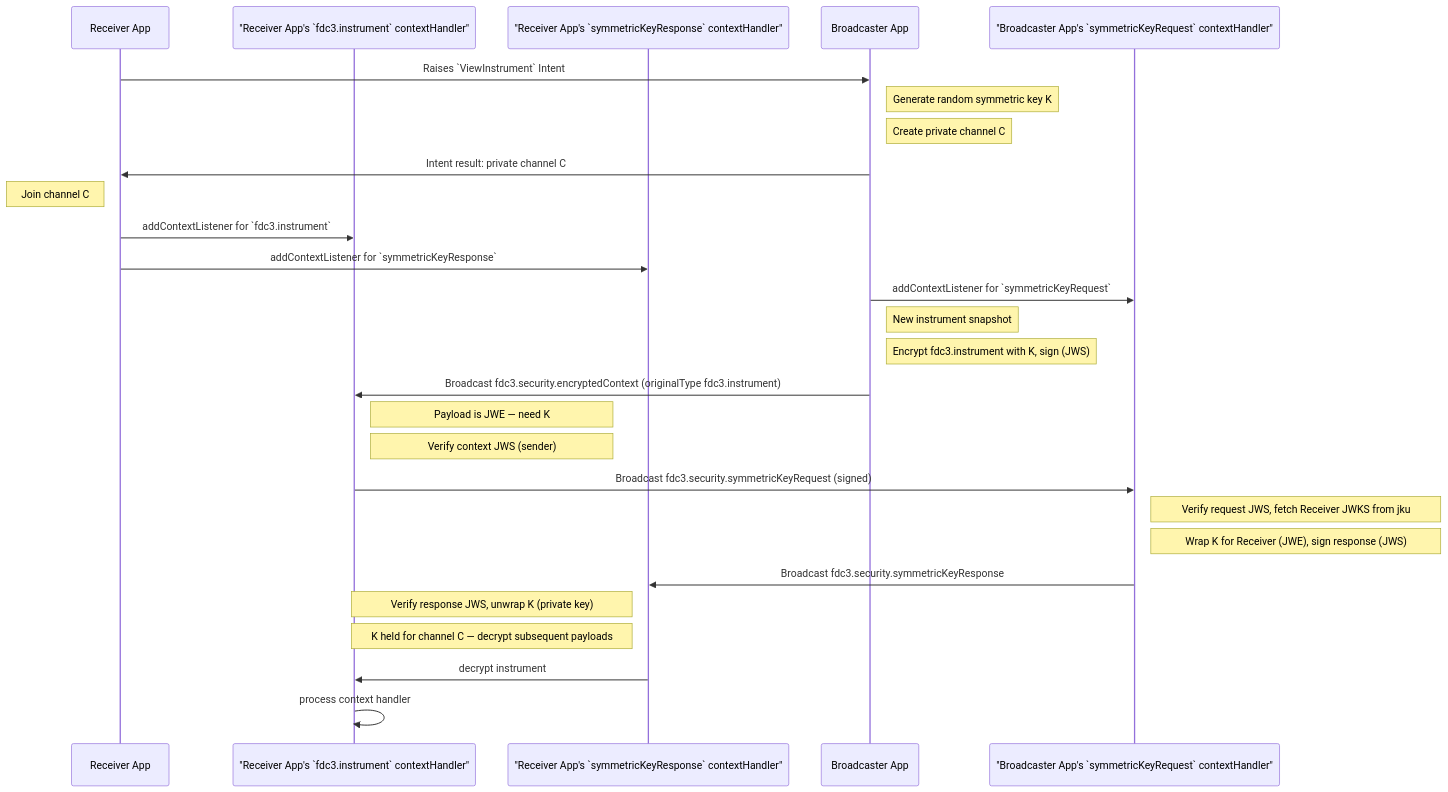
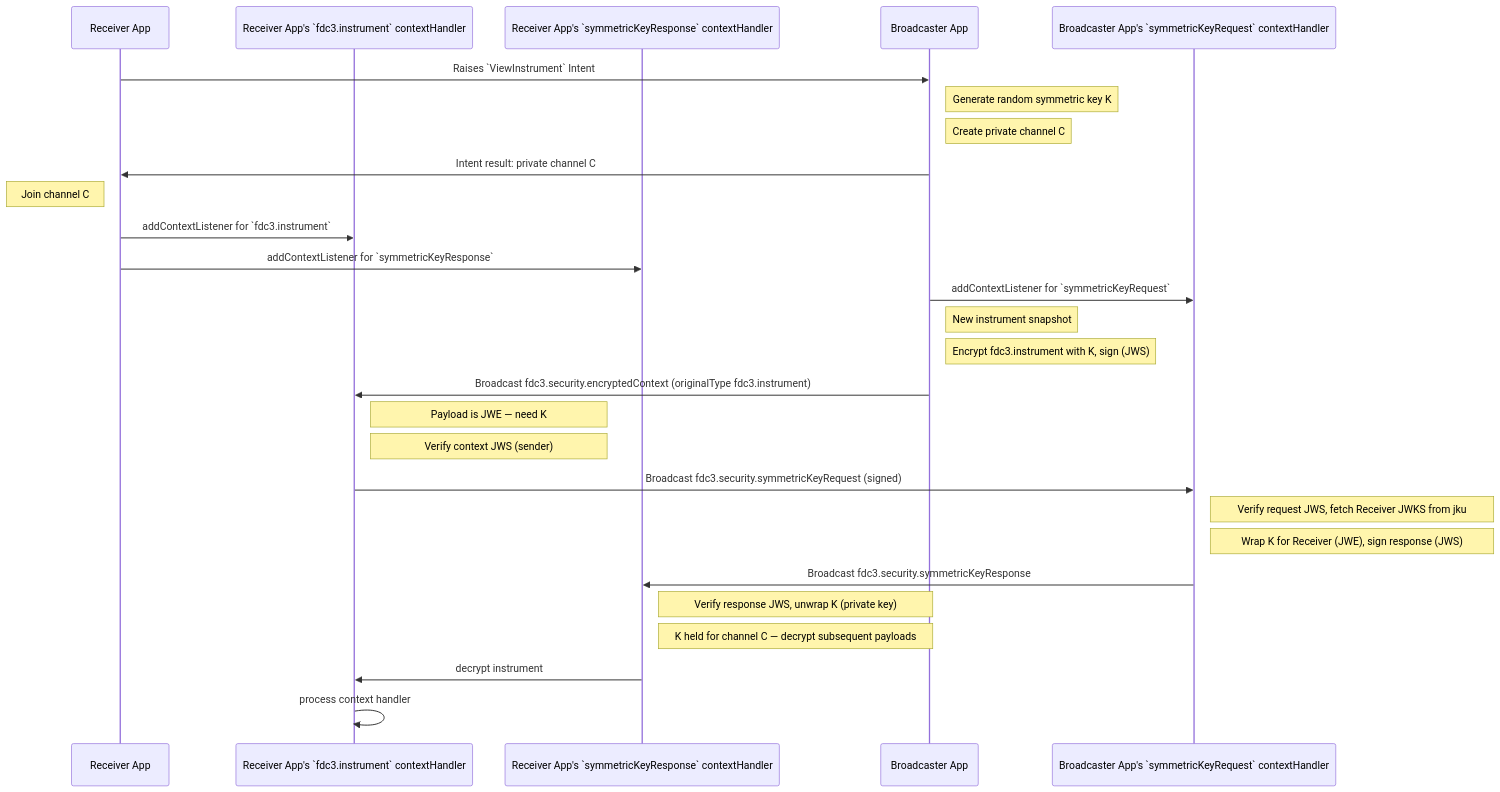
Before and after one commit to finos/FDC3: the third of 4 diagrams in website/docs/api/security.md, drawn with Mermaid.

Commit message:
minor edits to diagram

````diff
--- a/website/docs/api/security.md
+++ b/website/docs/api/security.md
@@ -299,29 +299,29 @@
 ```mermaid
 sequenceDiagram
     participant Rx as Receiver App
-    participant RxCtx as "Receiver App's `fdc3.instrument` contextHandler"
-    participant RxKey as "Receiver App's `symmetricKeyResponse` contextHandler"
+    participant RxCtx as Receiver App's `fdc3.instrument` contextHandler
+    participant RxKey as Receiver App's `symmetricKeyResponse` contextHandler
     participant Sx as Broadcaster App
-    participant SxReq as "Broadcaster App's `symmetricKeyRequest` contextHandler"
+    participant SxReq as Broadcaster App's `symmetricKeyRequest` contextHandler
     Rx->>Sx: Raises `ViewInstrument` Intent
     note right of Sx: Generate random symmetric key K
     note right of Sx: Create private channel C
     Sx->>Rx: Intent result: private channel C
     note left of Rx: Join channel C
     Rx->>RxCtx: addContextListener for `fdc3.instrument`
     Rx->>RxKey: addContextListener for `symmetricKeyResponse`
     Sx->>SxReq: addContextListener for `symmetricKeyRequest`
     note right of Sx: New instrument snapshot
     note right of Sx: Encrypt fdc3.instrument with K, sign (JWS)
     Sx->>RxCtx: Broadcast fdc3.security.encryptedContext (originalType fdc3.instrument)
     note right of RxCtx: Payload is JWE — need K
     note right of RxCtx: Verify context JWS (sender)
     RxCtx->>SxReq: Broadcast fdc3.security.symmetricKeyRequest (signed)
     note right of SxReq: Verify request JWS, fetch Receiver JWKS from jku
     note right of SxReq: Wrap K for Receiver (JWE), sign response (JWS)
     SxReq->>RxKey: Broadcast fdc3.security.symmetricKeyResponse
-    note left of RxKey: Verify response JWS, unwrap K (private key)
-    note left of RxKey: K held for channel C — decrypt subsequent payloads
+    note right of RxKey: Verify response JWS, unwrap K (private key)
+    note right of RxKey: K held for channel C — decrypt subsequent payloads
     RxKey->>RxCtx: decrypt instrument
     RxCtx->>RxCtx: process context handler
 ```
````
